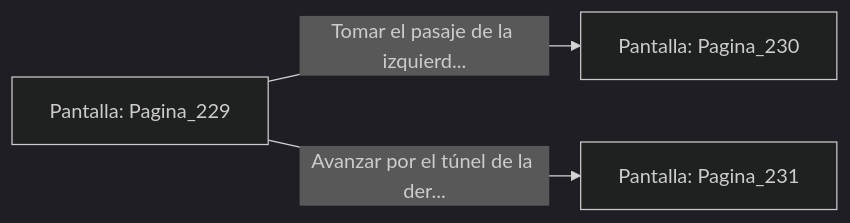
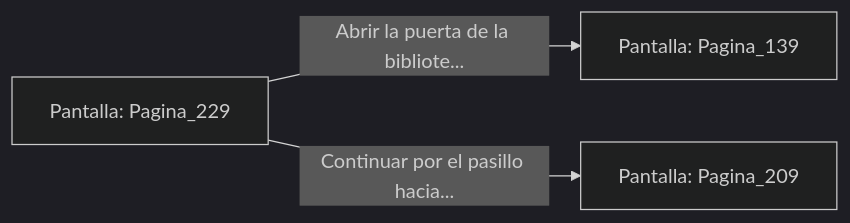
One commit to metsuke/mpl changed the diagram in sample/eligejuego-vault/Pantalla_Pagina_229.md. Above: the diagram before and after it, drawn with Mermaid (dark theme). The commit also changed other lines of this file and 635 other files, not shown here.

First line of the commit message:
fix: añadir Pagina_1 como pantalla inicial en capitulo_01.mpl

````diff
--- a/sample/eligejuego-vault/Pantalla_Pagina_229.md
+++ b/sample/eligejuego-vault/Pantalla_Pagina_229.md
@@ -20,6 +24,6 @@
 ```mermaid
 graph LR
     P_Pagina_229["Pantalla: Pagina_229"]
-    P_Pagina_229 -->|"Tomar el pasaje de la izquierd..."| P_Pagina_230["Pantalla: Pagina_230"]
-    P_Pagina_229 -->|"Avanzar por el túnel de la der..."| P_Pagina_231["Pantalla: Pagina_231"]
+    P_Pagina_229 -->|"Abrir la puerta de la bibliote..."| P_Pagina_139["Pantalla: Pagina_139"]
+    P_Pagina_229 -->|"Continuar por el pasillo hacia..."| P_Pagina_209["Pantalla: Pagina_209"]
 ```
````
